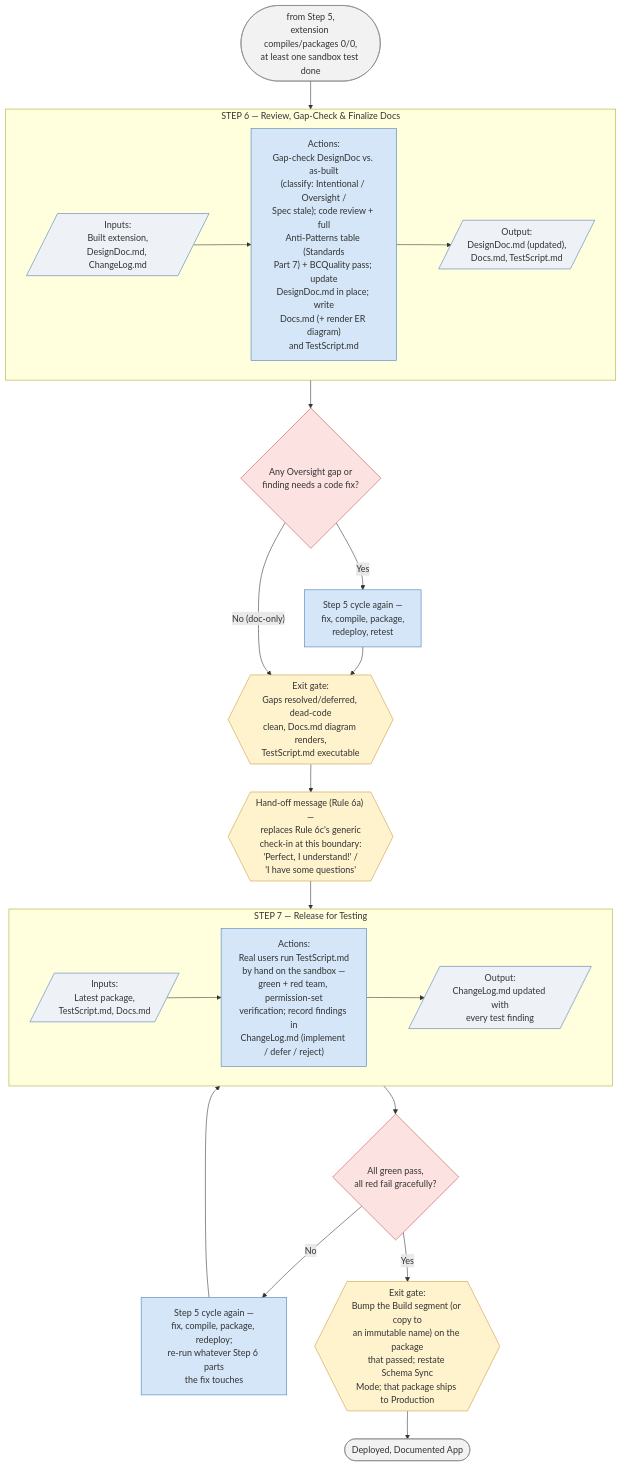
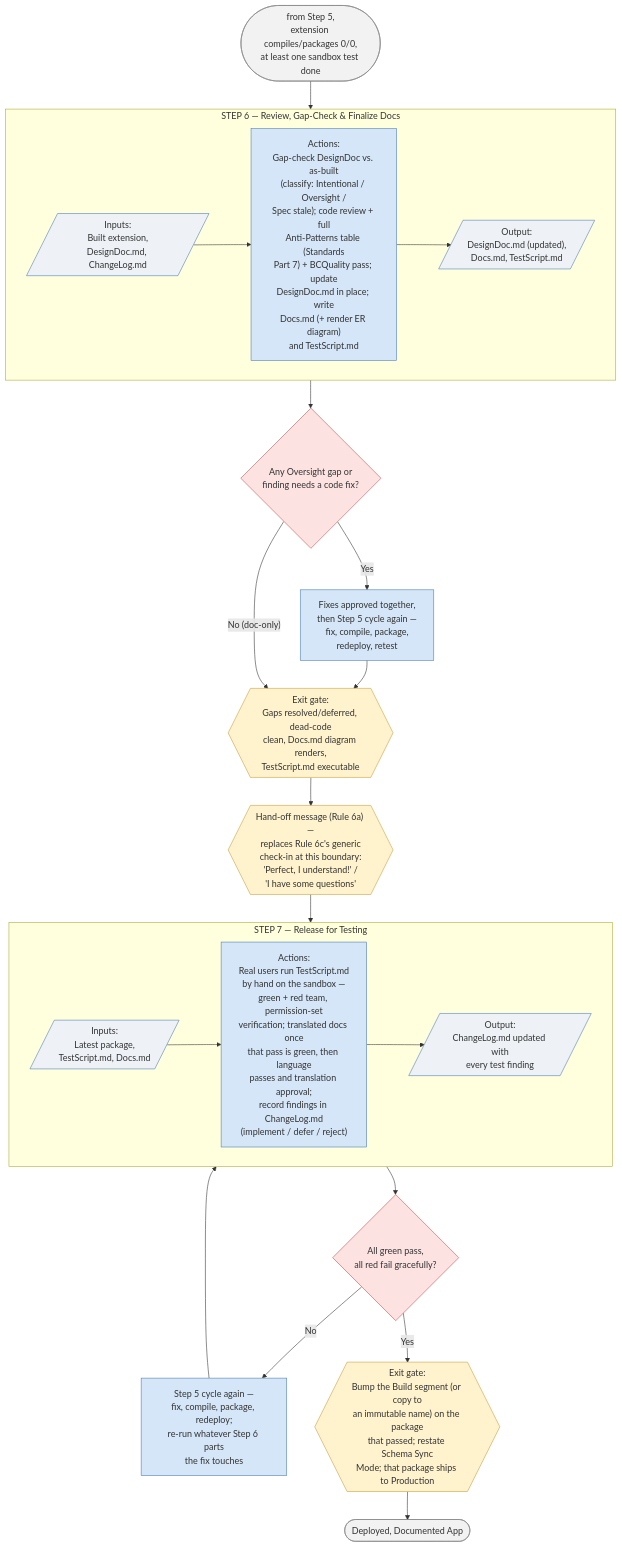
Before and after one commit to ajansari/ocpfBcAgenticDevFramework: the sixth of 7 diagrams in liteVersion/LITE_RunbookSchematics.md, drawn with Mermaid. The commit also changed other lines of this file and 21 other files, not shown here.

First line of the commit message:
Runbooks v2.12.0.0 / Lite v1.9.0.0, Standards v1.5.0.0, ocpf-bc 1.4.0: batched approvals, translation cadence, drift fixes

````diff
--- a/liteVersion/LITE_RunbookSchematics.md
+++ b/liteVersion/LITE_RunbookSchematics.md
@@ -226,40 +227,40 @@
 ```mermaid
 flowchart TD
     Start(["from Step 5,<br/>extension compiles/packages 0/0,<br/>at least one sandbox test done"]) --> S6
 
     subgraph S6["STEP 6 — Review, Gap-Check & Finalize Docs"]
         direction LR
         In1[/"Inputs:<br/>Built extension,<br/>DesignDoc.md, ChangeLog.md"/] --> Act1["Actions:<br/>Gap-check DesignDoc vs. as-built<br/>(classify: Intentional / Oversight /<br/>Spec stale); code review + full<br/>Anti-Patterns table (Standards<br/>Part 7) + BCQuality pass; update<br/>DesignDoc.md in place; write<br/>Docs.md (+ render ER diagram)<br/>and TestScript.md"] --> Out1[/"Output:<br/>DesignDoc.md (updated),<br/>Docs.md, TestScript.md"/]
     end
     S6 --> GapFill{"Any Oversight gap or<br/>finding needs a code fix?"}
-    GapFill -- "Yes" --> GapCycle["Step 5 cycle again —<br/>fix, compile, package,<br/>redeploy, retest"]
+    GapFill -- "Yes" --> GapCycle["Fixes approved together,<br/>then Step 5 cycle again —<br/>fix, compile, package,<br/>redeploy, retest"]
     GapCycle --> Gate1
     GapFill -- "No (doc-only)" --> Gate1
     Gate1{{"Exit gate:<br/>Gaps resolved/deferred, dead-code<br/>clean, Docs.md diagram renders,<br/>TestScript.md executable"}}
 
     Gate1 --> HandOff{{"Hand-off message (Rule 6a) —<br/>replaces Rule 6c's generic<br/>check-in at this boundary:<br/>'Perfect, I understand!' /<br/>'I have some questions'"}}
     HandOff --> S7
     subgraph S7["STEP 7 — Release for Testing"]
         direction LR
-        In2[/"Inputs:<br/>Latest package,<br/>TestScript.md, Docs.md"/] --> Act2["Actions:<br/>Real users run TestScript.md<br/>by hand on the sandbox —<br/>green + red team, permission-set<br/>verification; record findings in<br/>ChangeLog.md (implement / defer / reject)"] --> Out2[/"Output:<br/>ChangeLog.md updated with<br/>every test finding"/]
+        In2[/"Inputs:<br/>Latest package,<br/>TestScript.md, Docs.md"/] --> Act2["Actions:<br/>Real users run TestScript.md<br/>by hand on the sandbox —<br/>green + red team, permission-set<br/>verification; translated docs once<br/>that pass is green, then language<br/>passes and translation approval;<br/>record findings in ChangeLog.md<br/>(implement / defer / reject)"] --> Out2[/"Output:<br/>ChangeLog.md updated with<br/>every test finding"/]
     end
     S7 --> ReleaseCheck{"All green pass,<br/>all red fail gracefully?"}
     ReleaseCheck -- "No" --> GapCycle2["Step 5 cycle again —<br/>fix, compile, package, redeploy;<br/>re-run whatever Step 6 parts<br/>the fix touches"]
     GapCycle2 --> S7
     ReleaseCheck -- "Yes" --> Gate2
 
     Gate2{{"Exit gate:<br/>Bump the Build segment (or copy to<br/>an immutable name) on the package<br/>that passed; restate Schema Sync<br/>Mode; that package ships to Production"}}
 
     Gate2 --> Done(["Deployed, Documented App"])
 
     classDef io fill:#eef2f7,stroke:#4a7ab5,stroke-width:1px;
     classDef act fill:#d4e6f7,stroke:#4a7ab5,stroke-width:1px;
     classDef gate fill:#fff3cd,stroke:#c99a3a,stroke-width:1px;
     classDef endpoint fill:#f2f2f2,stroke:#888,stroke-width:1px;
     classDef decision fill:#fde2e2,stroke:#c0504d,stroke-width:1px;
     class In1,Out1,In2,Out2 io;
     class Act1,Act2,GapCycle,GapCycle2 act;
     class Gate1,Gate2,HandOff gate;
     class Start,Done endpoint;
     class GapFill,ReleaseCheck decision;
 ```
````
